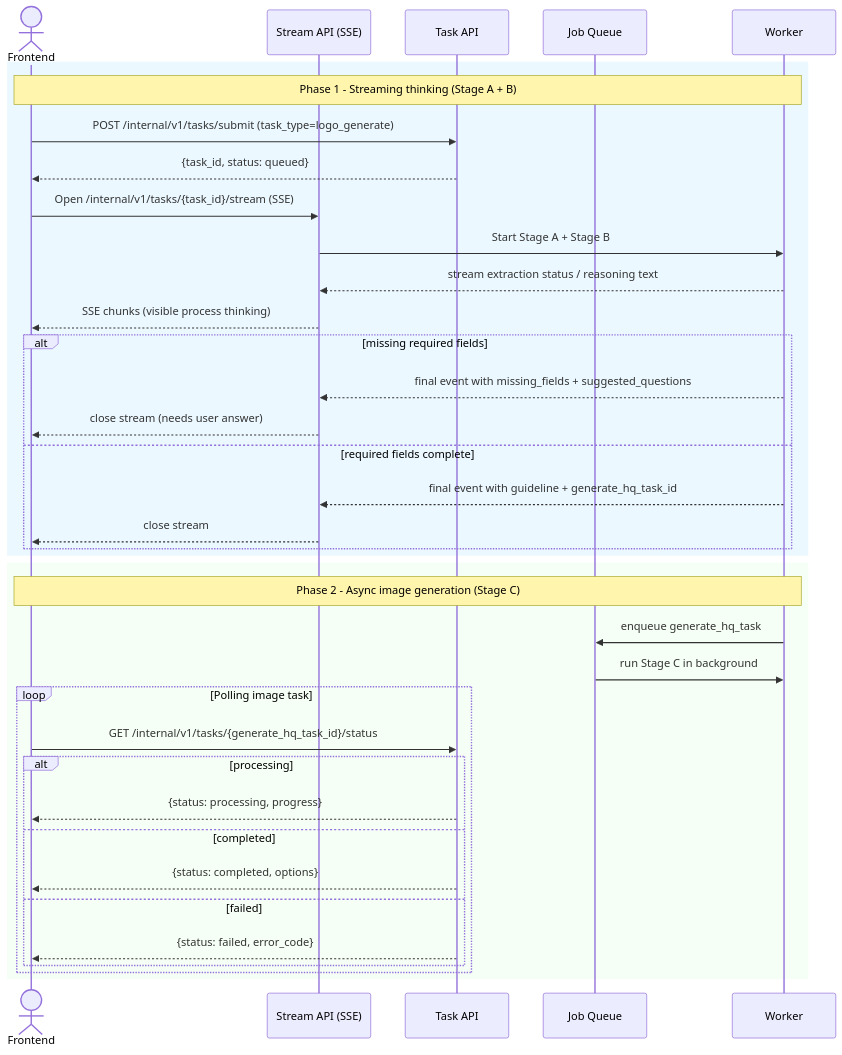
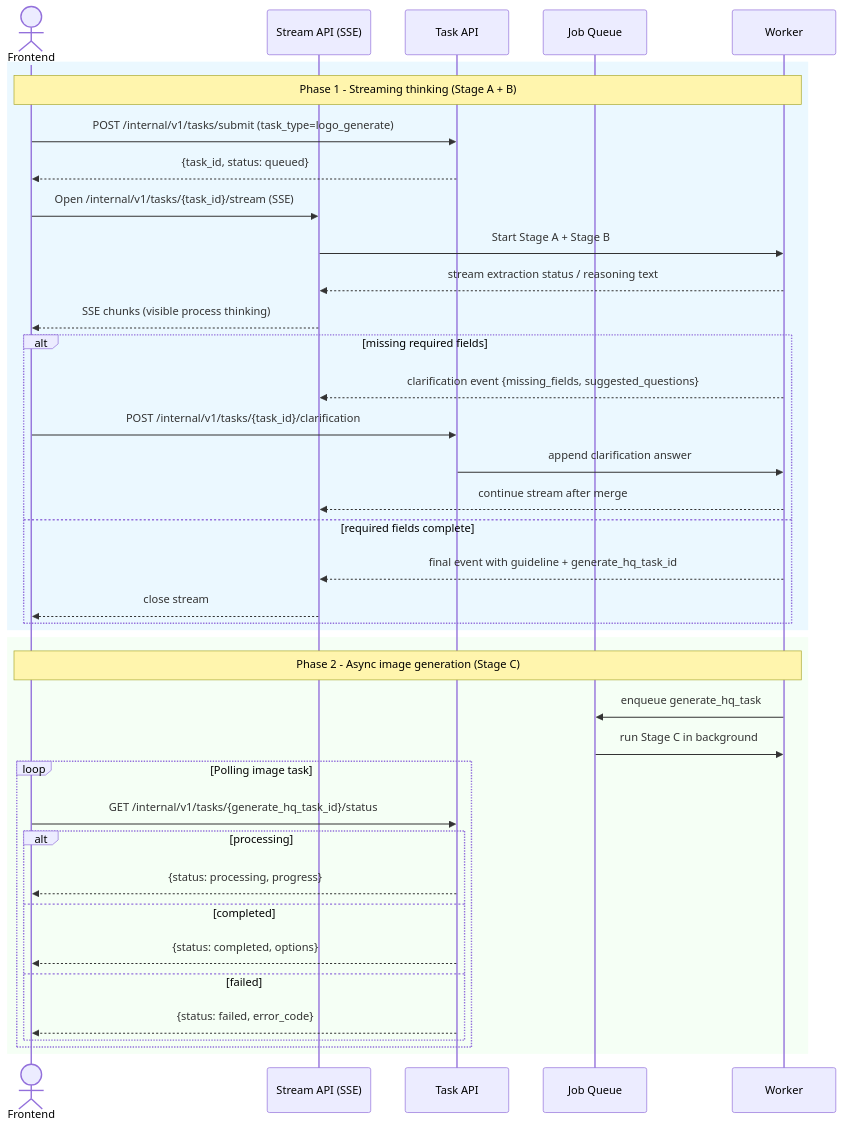
The third of 6 diagrams in architecture.md (Ne4nf/Agent-Memory), drawn with Mermaid before and after one commit. The commit also changed other lines of this file, not shown here.

````diff
--- a/architecture.md
+++ b/architecture.md
@@ -202,41 +215,43 @@
 ```mermaid
 sequenceDiagram
   actor FE as Frontend
   participant S as Stream API (SSE)
   participant API as Task API
   participant Q as Job Queue
   participant WORKER as Worker
 
   rect rgb(235, 248, 255)
     Note over FE,WORKER: Phase 1 - Streaming thinking (Stage A + B)
     FE->>API: POST /internal/v1/tasks/submit (task_type=logo_generate)
     API-->>FE: {task_id, status: queued}
     FE->>S: Open /internal/v1/tasks/{task_id}/stream (SSE)
     S->>WORKER: Start Stage A + Stage B
     WORKER-->>S: stream extraction status / reasoning text
     S-->>FE: SSE chunks (visible process thinking)
     alt missing required fields
-      WORKER-->>S: final event with missing_fields + suggested_questions
-      S-->>FE: close stream (needs user answer)
+      WORKER-->>S: clarification event {missing_fields, suggested_questions}
+      FE->>API: POST /internal/v1/tasks/{task_id}/clarification
+      API->>WORKER: append clarification answer
+      WORKER-->>S: continue stream after merge
     else required fields complete
       WORKER-->>S: final event with guideline + generate_hq_task_id
       S-->>FE: close stream
     end
   end
 
   rect rgb(245, 255, 245)
     Note over FE,WORKER: Phase 2 - Async image generation (Stage C)
     WORKER->>Q: enqueue generate_hq_task
     Q->>WORKER: run Stage C in background
     loop Polling image task
       FE->>API: GET /internal/v1/tasks/{generate_hq_task_id}/status
       alt processing
         API-->>FE: {status: processing, progress}
       else completed
         API-->>FE: {status: completed, options}
       else failed
         API-->>FE: {status: failed, error_code}
       end
     end
   end
 ```
````
